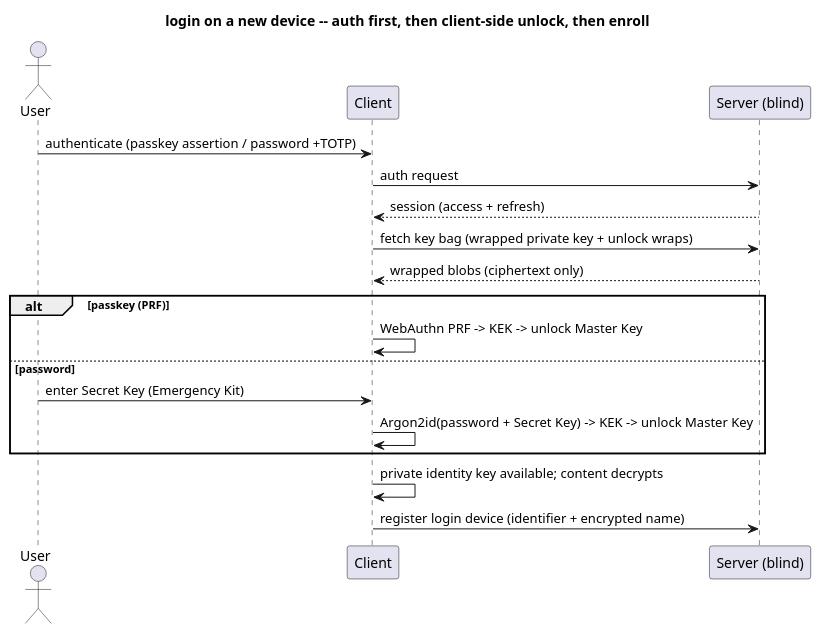
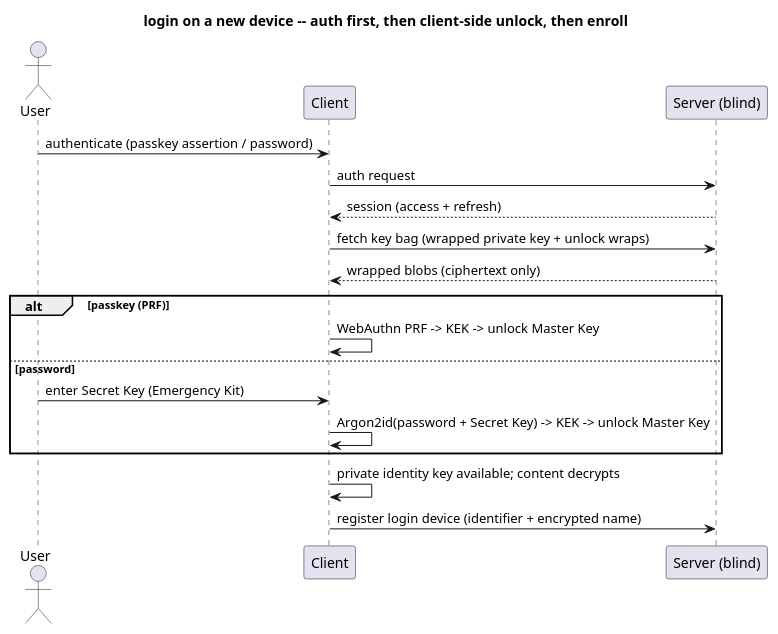
Before and after one commit to raddatzk/veyq-no-e2ee: the diagram in docs/wiki/features/account/use-cases/uc.account.login.md, drawn with PlantUML. The commit also changed other lines of this file and 29 other files, not shown here.

````diff
--- a/docs/wiki/features/account/use-cases/uc.account.login.md
+++ b/docs/wiki/features/account/use-cases/uc.account.login.md
@@ -14,24 +14,24 @@
 ```plantuml
 @startuml
 title login on a new device -- auth first, then client-side unlock, then enroll
 skinparam shadowing false
 
 actor "User" as U
 participant "Client" as C
 participant "Server (blind)" as S
 
-U -> C : authenticate (passkey assertion / password +TOTP)
+U -> C : authenticate (passkey assertion / password)
 C -> S : auth request
 S --> C : session (access + refresh)
 C -> S : fetch key bag (wrapped private key + unlock wraps)
 S --> C : wrapped blobs (ciphertext only)
 alt passkey (PRF)
   C -> C : WebAuthn PRF -> KEK -> unlock Master Key
 else password
   U -> C : enter Secret Key (Emergency Kit)
   C -> C : Argon2id(password + Secret Key) -> KEK -> unlock Master Key
 end
 C -> C : private identity key available; content decrypts
 C -> S : register login device (identifier + encrypted name)
 @enduml
 ```
````
